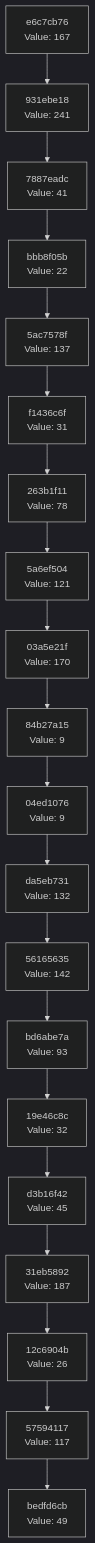
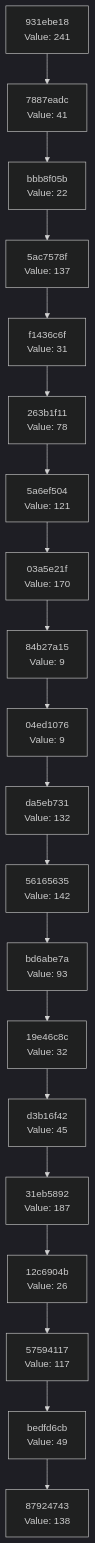
Before and after one commit to Abhisheksinha1506/hash-chain-evolver: the diagram in docs/CHAIN_VISUALIZATION.md, drawn with Mermaid (dark theme). The commit also changed 3 other files, not shown here.

````diff
--- a/docs/CHAIN_VISUALIZATION.md
+++ b/docs/CHAIN_VISUALIZATION.md
@@ -3,42 +3,42 @@
 ```mermaid
 graph TD
-    C0["bedfd6cb<br/>Value: 49"]
-    C1["57594117<br/>Value: 117"]
+    C0["87924743<br/>Value: 138"]
+    C1["bedfd6cb<br/>Value: 49"]
     C1 --> C0
-    C2["12c6904b<br/>Value: 26"]
+    C2["57594117<br/>Value: 117"]
     C2 --> C1
-    C3["31eb5892<br/>Value: 187"]
+    C3["12c6904b<br/>Value: 26"]
     C3 --> C2
-    C4["d3b16f42<br/>Value: 45"]
+    C4["31eb5892<br/>Value: 187"]
     C4 --> C3
-    C5["19e46c8c<br/>Value: 32"]
+    C5["d3b16f42<br/>Value: 45"]
     C5 --> C4
-    C6["bd6abe7a<br/>Value: 93"]
+    C6["19e46c8c<br/>Value: 32"]
     C6 --> C5
-    C7["56165635<br/>Value: 142"]
+    C7["bd6abe7a<br/>Value: 93"]
     C7 --> C6
-    C8["da5eb731<br/>Value: 132"]
+    C8["56165635<br/>Value: 142"]
     C8 --> C7
-    C9["04ed1076<br/>Value: 9"]
+    C9["da5eb731<br/>Value: 132"]
     C9 --> C8
-    C10["84b27a15<br/>Value: 9"]
+    C10["04ed1076<br/>Value: 9"]
     C10 --> C9
-    C11["03a5e21f<br/>Value: 170"]
+    C11["84b27a15<br/>Value: 9"]
     C11 --> C10
-    C12["5a6ef504<br/>Value: 121"]
+    C12["03a5e21f<br/>Value: 170"]
     C12 --> C11
-    C13["263b1f11<br/>Value: 78"]
+    C13["5a6ef504<br/>Value: 121"]
     C13 --> C12
-    C14["f1436c6f<br/>Value: 31"]
+    C14["263b1f11<br/>Value: 78"]
     C14 --> C13
-    C15["5ac7578f<br/>Value: 137"]
+    C15["f1436c6f<br/>Value: 31"]
     C15 --> C14
-    C16["bbb8f05b<br/>Value: 22"]
+    C16["5ac7578f<br/>Value: 137"]
     C16 --> C15
-    C17["7887eadc<br/>Value: 41"]
+    C17["bbb8f05b<br/>Value: 22"]
     C17 --> C16
-    C18["931ebe18<br/>Value: 241"]
+    C18["7887eadc<br/>Value: 41"]
     C18 --> C17
-    C19["e6c7cb76<br/>Value: 167"]
+    C19["931ebe18<br/>Value: 241"]
     C19 --> C18
 ```
````
